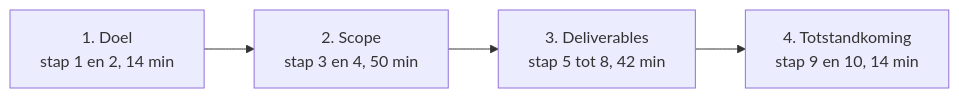
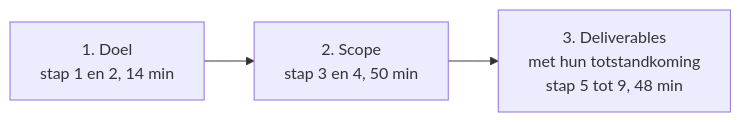
The first of 5 diagrams in doc/leesroute-okx.md (Npuls-OKx/meta), drawn with Mermaid before and after one commit. The commit also changed other lines of this file and 2 other files, not shown here.

````diff
--- a/doc/leesroute-okx.md
+++ b/doc/leesroute-okx.md
@@ -13,6 +13,5 @@
 ```mermaid
 flowchart LR
   V1["1. Doel<br/>stap 1 en 2, 14 min"] --> V2["2. Scope<br/>stap 3 en 4, 50 min"]
-  V2 --> V3["3. Deliverables<br/>stap 5 tot 8, 42 min"]
-  V3 --> V4["4. Totstandkoming<br/>stap 9 en 10, 14 min"]
+  V2 --> V3["3. Deliverables<br/>met hun totstandkoming<br/>stap 5 tot 9, 48 min"]
 ```
````
